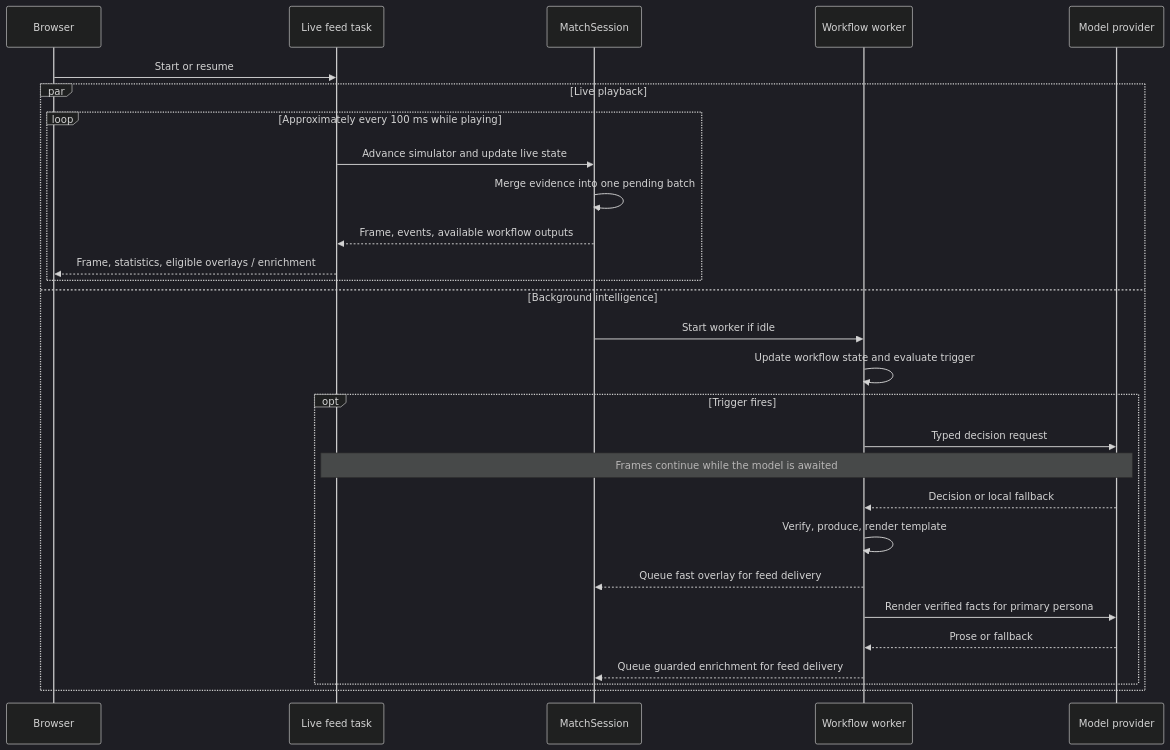
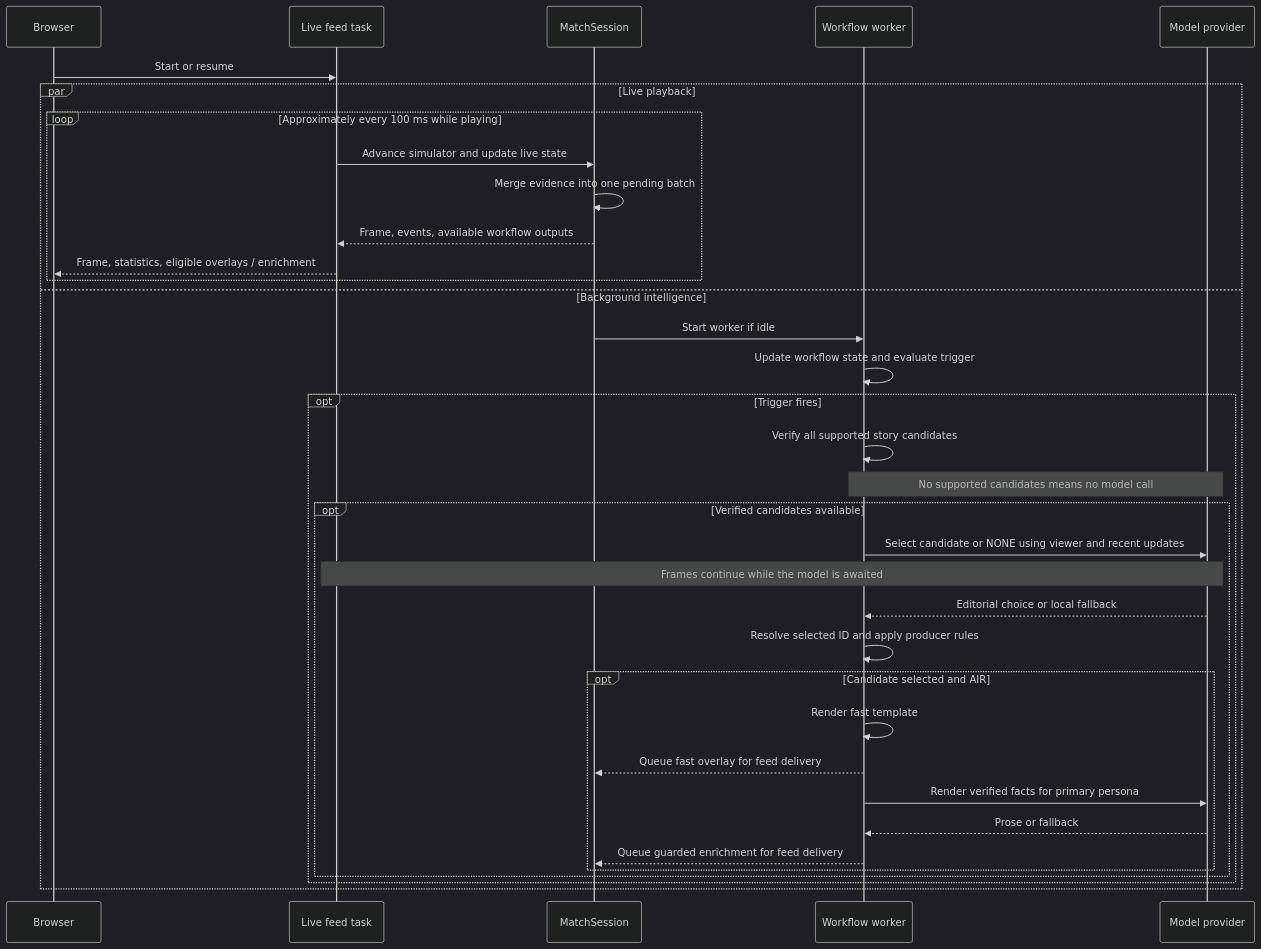
The third of 4 diagrams in ARCHITECTURE.md (shantanu1singh/matchos), drawn with Mermaid (dark theme) before and after one commit. The commit also changed other lines of this file and 9 other files, not shown here.

````diff
--- a/ARCHITECTURE.md
+++ b/ARCHITECTURE.md
@@ -114,31 +117,38 @@
 ```mermaid
 sequenceDiagram
     participant UI as Browser
     participant Feed as Live feed task
     participant Session as MatchSession
     participant Worker as Workflow worker
     participant Model as Model provider
 
     UI->>Feed: Start or resume
     par Live playback
         loop Approximately every 100 ms while playing
             Feed->>Session: Advance simulator and update live state
             Session->>Session: Merge evidence into one pending batch
             Session-->>Feed: Frame, events, available workflow outputs
             Feed-->>UI: Frame, statistics, eligible overlays / enrichment
         end
     and Background intelligence
         Session->>Worker: Start worker if idle
         Worker->>Worker: Update workflow state and evaluate trigger
         opt Trigger fires
-            Worker->>Model: Typed decision request
-            Note over Feed,Model: Frames continue while the model is awaited
-            Model-->>Worker: Decision or local fallback
-            Worker->>Worker: Verify, produce, render template
-            Worker-->>Session: Queue fast overlay for feed delivery
-            Worker->>Model: Render verified facts for primary persona
-            Model-->>Worker: Prose or fallback
-            Worker-->>Session: Queue guarded enrichment for feed delivery
+            Worker->>Worker: Verify all supported story candidates
+            Note over Worker,Model: No supported candidates means no model call
+            opt Verified candidates available
+                Worker->>Model: Select candidate or NONE using viewer and recent updates
+                Note over Feed,Model: Frames continue while the model is awaited
+                Model-->>Worker: Editorial choice or local fallback
+                Worker->>Worker: Resolve selected ID and apply producer rules
+                opt Candidate selected and AIR
+                    Worker->>Worker: Render fast template
+                    Worker-->>Session: Queue fast overlay for feed delivery
+                    Worker->>Model: Render verified facts for primary persona
+                    Model-->>Worker: Prose or fallback
+                    Worker-->>Session: Queue guarded enrichment for feed delivery
+                end
+            end
         end
     end
 ```
````
